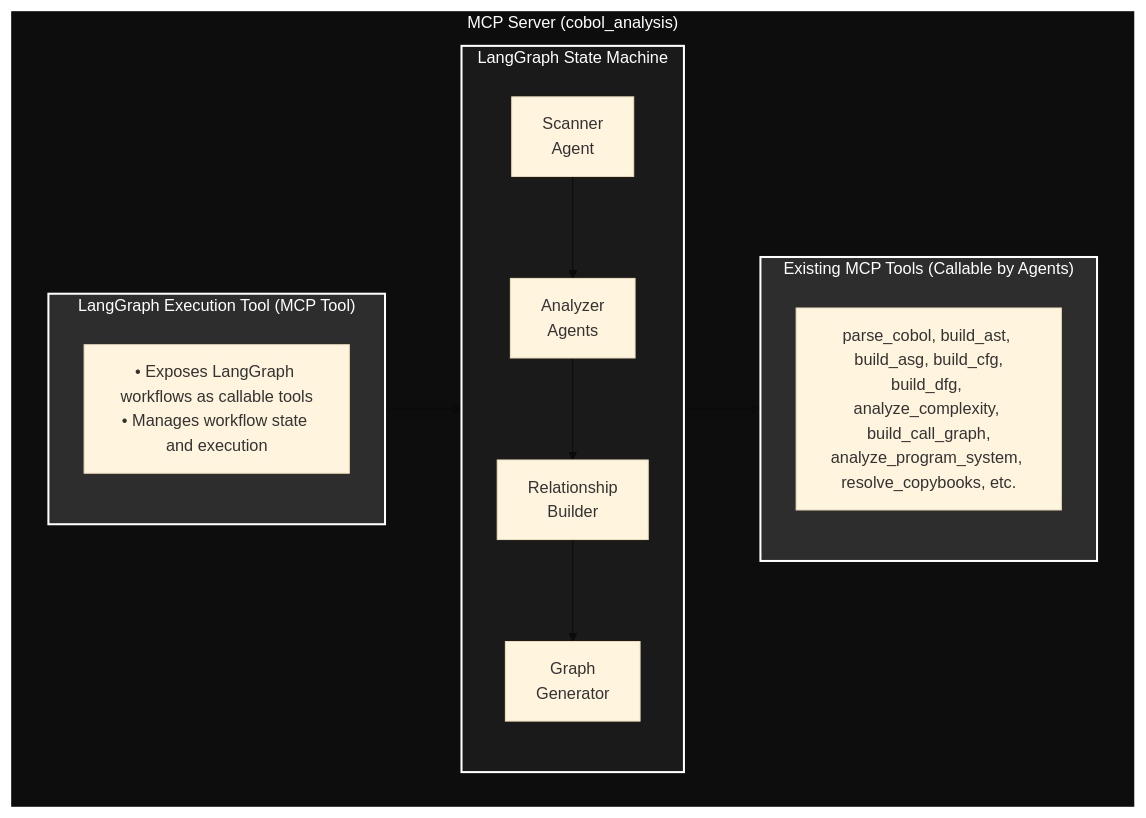
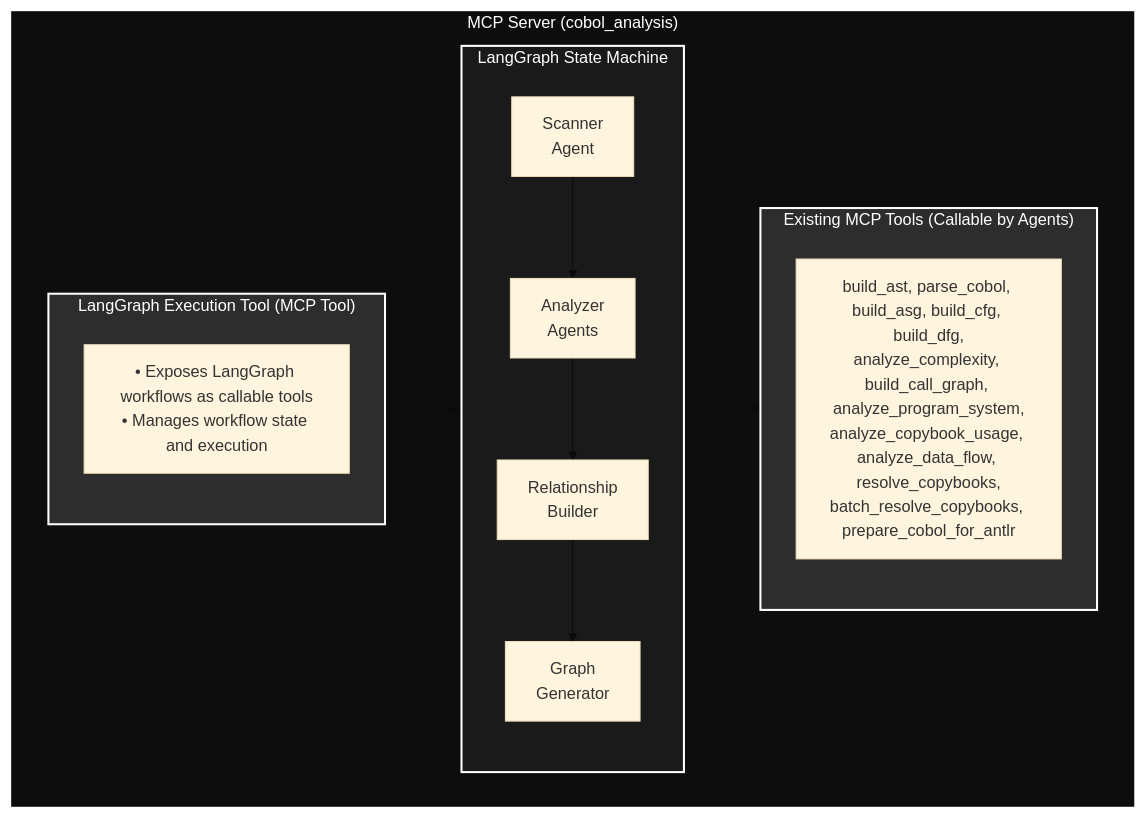
One commit to legacy-ai-labs/mcp-server-language-converter changed the first of 2 diagrams in docs/LANGGRAPH_ARCHITECTURE.md. Above: the diagram before and after it, drawn with Mermaid (base theme). The commit also changed other lines of this file and 8 other files, not shown here.

First line of the commit message:
docs: Update LangGraph architecture with comprehensive tool integration review

````diff
--- a/docs/LANGGRAPH_ARCHITECTURE.md
+++ b/docs/LANGGRAPH_ARCHITECTURE.md
@@ -11,26 +11,26 @@
 ```mermaid
 flowchart TB
     subgraph MCP["MCP Server (cobol_analysis)"]
         subgraph LGTool["LangGraph Execution Tool (MCP Tool)"]
             LGDesc["• Exposes LangGraph workflows as callable tools<br/>• Manages workflow state and execution"]
         end
 
         subgraph LGState["LangGraph State Machine"]
             Scanner["Scanner<br/>Agent"] --> Analyzer["Analyzer<br/>Agents"]
             Analyzer --> RelBuilder["Relationship<br/>Builder"]
             RelBuilder --> Generator["Graph<br/>Generator"]
         end
 
         subgraph MCPTools["Existing MCP Tools (Callable by Agents)"]
-            Tools["parse_cobol, build_ast, build_asg, build_cfg,<br/>build_dfg, analyze_complexity, build_call_graph,<br/>analyze_program_system, resolve_copybooks, etc."]
+            Tools["build_ast, parse_cobol, build_asg, build_cfg, build_dfg,<br/>analyze_complexity, build_call_graph, analyze_program_system,<br/>analyze_copybook_usage, analyze_data_flow, resolve_copybooks,<br/>batch_resolve_copybooks, prepare_cobol_for_antlr"]
         end
 
         LGTool --> LGState
         LGState --> MCPTools
     end
 
     style MCP fill:#0d0d0d,stroke:#fff,stroke-width:2px,color:#fff
     style LGTool fill:#2d2d2d,stroke:#fff,stroke-width:2px,color:#fff
     style LGState fill:#1a1a1a,stroke:#fff,stroke-width:2px,color:#fff
     style MCPTools fill:#2d2d2d,stroke:#fff,stroke-width:2px,color:#fff
 ```
````
